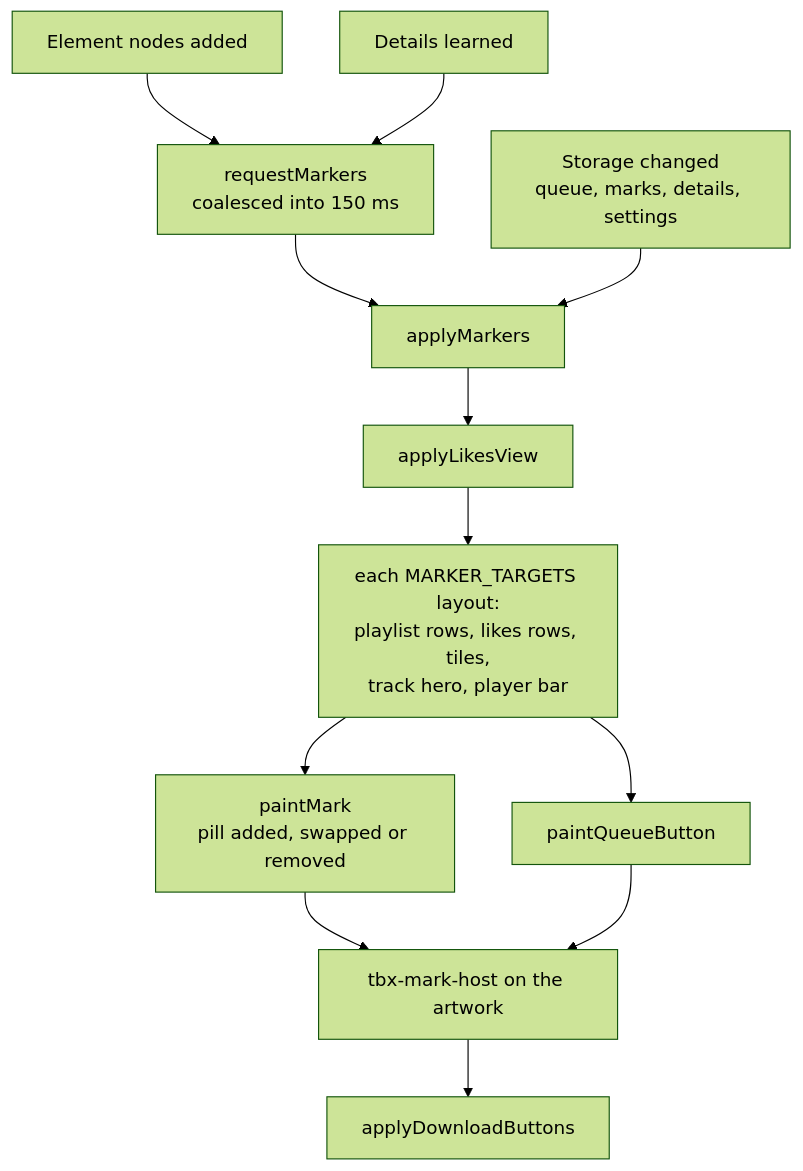
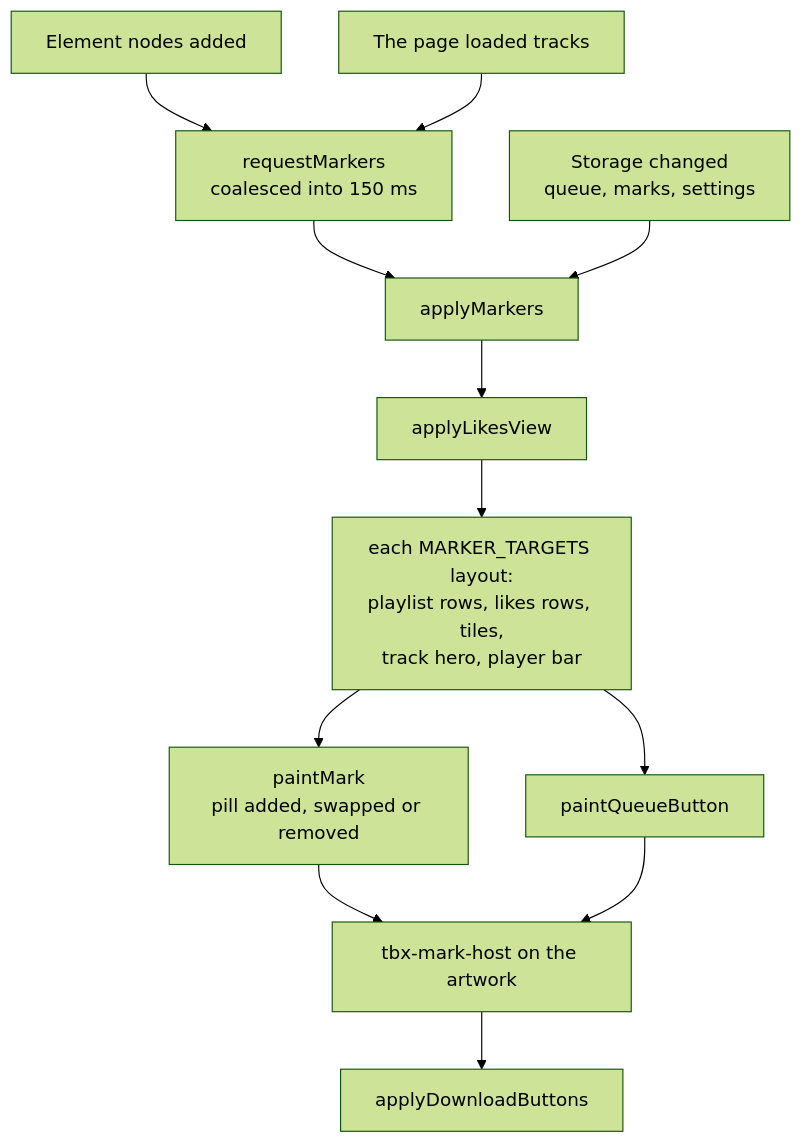
The second of 11 diagrams in apps/localtoolbox/docs/diagrams/content-script.md (cutenode/localnetwork), drawn with Mermaid (forest theme) before and after one commit. The commit also changed other lines of this file and 65 other files, not shown here.

````diff
--- a/apps/localtoolbox/docs/diagrams/content-script.md
+++ b/apps/localtoolbox/docs/diagrams/content-script.md
@@ -50,26 +54,26 @@
 ```mermaid
 flowchart TD
   Added["Element nodes added"]
-  Learned["Details learned"]
+  Learned["The page loaded tracks"]
   Timer["requestMarkers<br/>coalesced into 150 ms"]
-  Changed["Storage changed<br/>queue, marks, details, settings"]
+  Changed["Storage changed<br/>queue, marks, settings"]
   Pass["applyMarkers"]
   Likes["applyLikesView"]
   Targets["each MARKER_TARGETS layout:<br/>playlist rows, likes rows, tiles,<br/>track hero, player bar"]
   Mark["paintMark<br/>pill added, swapped or removed"]
   Button["paintQueueButton"]
   Host["tbx-mark-host on the artwork"]
   Download["applyDownloadButtons"]
 
   Added --> Timer
   Learned --> Timer
   Timer --> Pass
   Changed --> Pass
   Pass --> Likes
   Likes --> Targets
   Targets --> Mark
   Targets --> Button
   Mark --> Host
   Button --> Host
   Host --> Download
 ```
````
